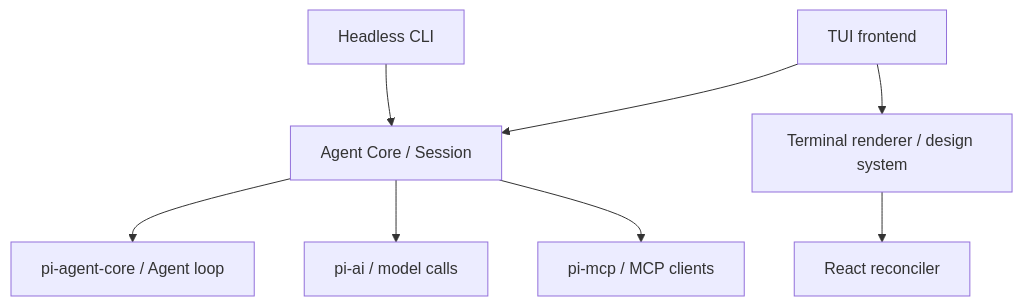
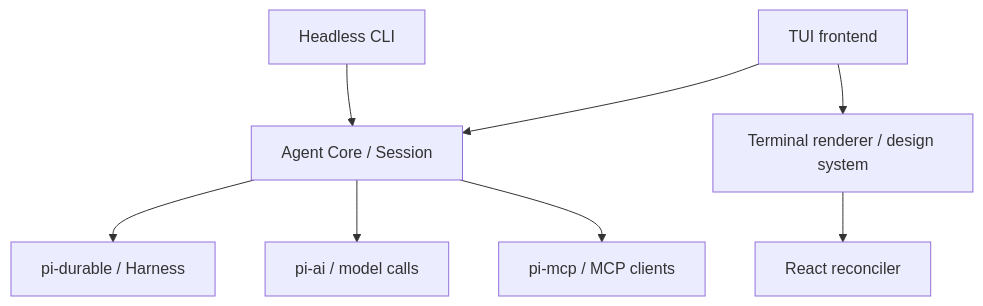
The diagram in docs/architecture.md (artoriaschan/rukie), drawn with Mermaid before and after one commit. The commit also changed other lines of this file and 16 other files, not shown here.

````diff
--- a/docs/architecture.md
+++ b/docs/architecture.md
@@ -13,10 +13,10 @@
 ```mermaid
 flowchart TD
   CLI[Headless CLI] --> Core[Agent Core / Session]
   TUI[TUI frontend] --> Core
   TUI --> Renderer[Terminal renderer / design system]
-  Core --> Pi[pi-agent-core / Agent loop]
+  Core --> Pi[pi-durable / Harness]
   Core --> AI[pi-ai / model calls]
   Core --> MCP[pi-mcp / MCP clients]
   Renderer --> React[React reconciler]
 ```
````
